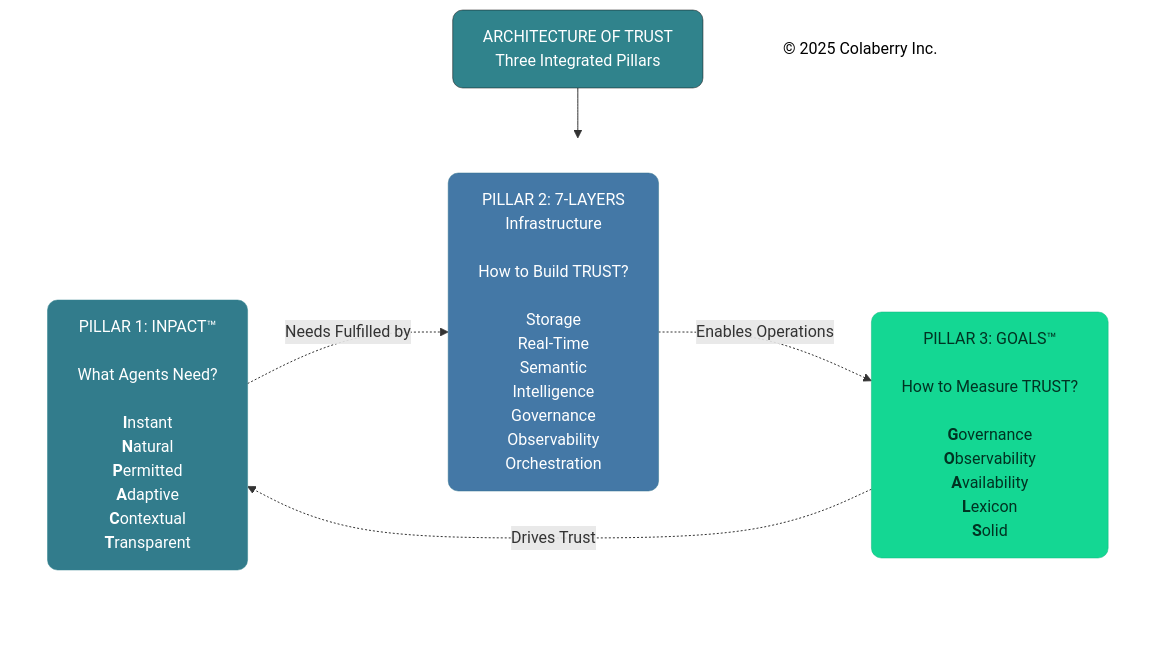
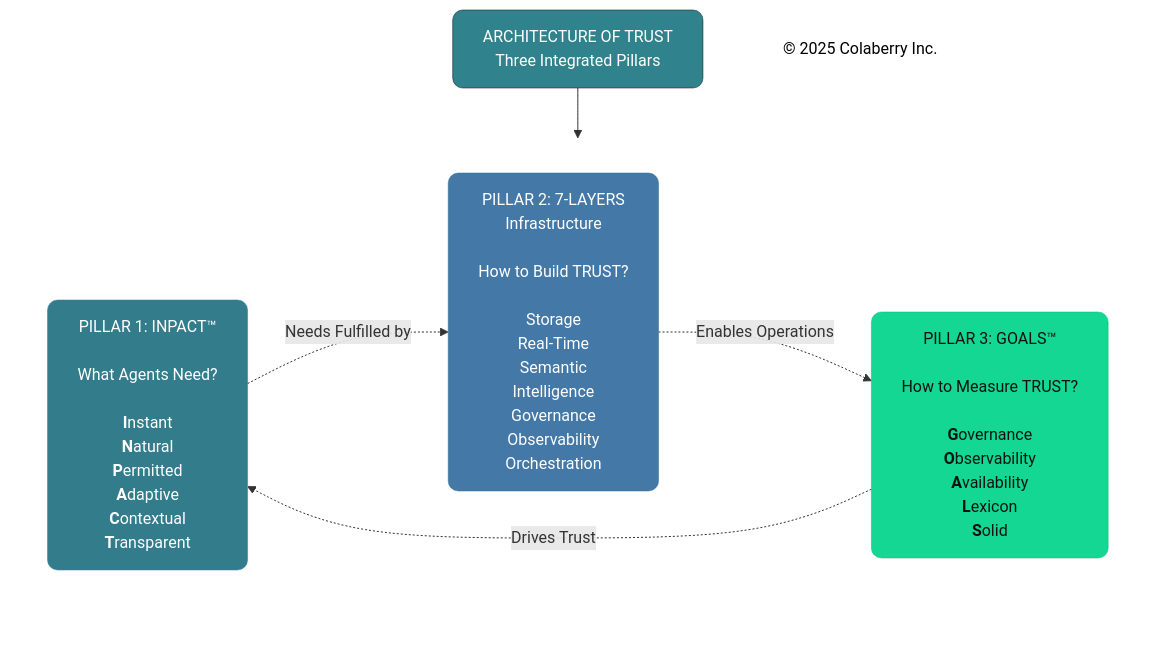
One commit to saitejesh-cyber/trust-before-intelligence-book changed the second of 14 diagrams in manuscript/08_chapter_7_goals_framework.md. Above: the diagram before and after it, drawn with Mermaid. The commit also changed other lines of this file and 12 other files, not shown here.

````diff
--- a/manuscript/08_chapter_7_goals_framework.md
+++ b/manuscript/08_chapter_7_goals_framework.md
@@ -124,31 +124,31 @@
 ```mermaid
 
 graph TB
     Title["ARCHITECTURE OF TRUST<br/>Three Integrated Pillars"]
     
     subgraph PILLARS[" "]
         direction LR
         INPACT["PILLAR 1: INPACT™<br/><br/>What Agents Need?<br/><br/><b>I</b>nstant<br/><b>N</b>atural<br/><b>P</b>ermitted<br/><b>A</b>daptive<br/><b>C</b>ontextual<br/><b>T</b>ransparent"]
         
         Layers["PILLAR 2: 7-LAYERS<br/>Infrastructure<br/><br/>How to Build TRUST?<br/><br/>Storage<br/>Real-Time<br/>Semantic<br/>Intelligence<br/>Governance<br/>Observability<br/>Orchestration"]
         
         GOALS["PILLAR 3: GOALS™<br/><br/>How to Measure TRUST?<br/><br/><b>G</b>overnance<br/><b>O</b>bservability<br/><b>A</b>vailability<br/><b>L</b>exicon<br/><b>S</b>olid"]
     end
     
     Copyright["© 2025 Colaberry Inc."]
     
     Title --> PILLARS
     
     INPACT -.->|"Needs Fulfilled by"| Layers
     Layers -.->|"Enables Operations"| GOALS
     GOALS -.->|"Drives Trust"| INPACT
     
     style Title fill:#30838C,color:#ffffff,stroke:#0D0D0D,stroke-width:0.5px,rx:10,ry:10
     style PILLARS fill:none,stroke:none,rx:10,ry:10
     style INPACT fill:#327C8C,stroke:#30838C,stroke-width:0.5px,color:#ffffff,rx:10,ry:10
     style Layers fill:#4478A6,stroke:#32738C,stroke-width:0.5px,color:#ffffff,rx:10,ry:10
-    style GOALS fill:#14D793,color:#003322,stroke:#0FB67D,stroke-width:0.5px,rx:10,ry:10
+    style GOALS fill:#14D793,color:#121212,stroke:#0FB67D,stroke-width:0.5px,rx:10,ry:10
     style Copyright fill:none,stroke:none,stroke-width:0.5px,color:#000000
 
 
 ```
````
